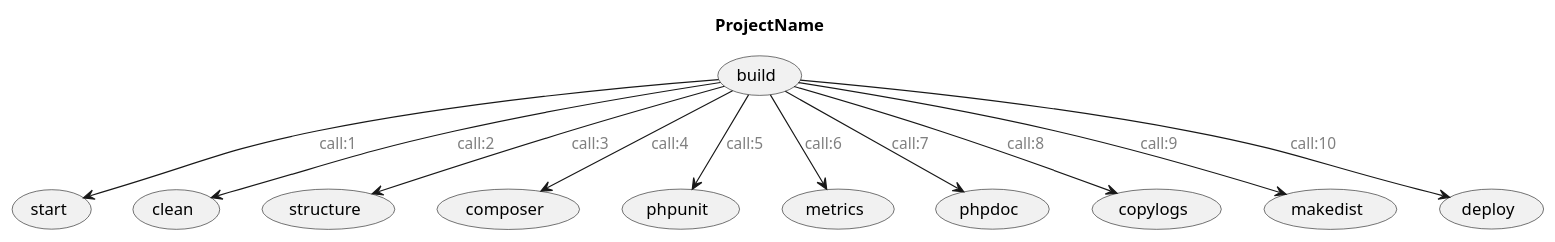
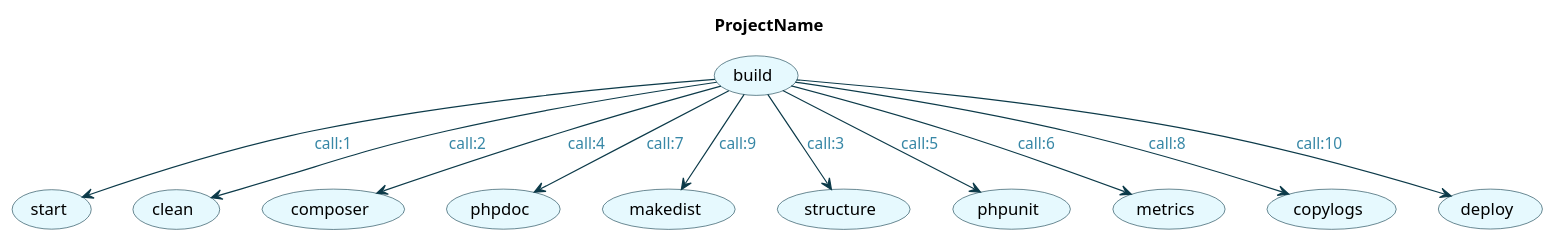
The diagram in resources/puml/gist-alphabraga.puml (jawira/phing-visualizer), drawn with PlantUML before and after one commit. The commit also changed 7 other files, not shown here.

```diff
--- a/resources/puml/gist-alphabraga.puml
+++ b/resources/puml/gist-alphabraga.puml
@@ -2,38 +1,35 @@
-        @startuml
-        
-            title ProjectName
-        skinparam arrowFontColor Grey
-        
-            (build)
-            
-                (build) --> (start) : call:1
-                (build) --> (clean) : call:2
-                (build) --> (structure) : call:3
-                (build) --> (composer) : call:4
-                (build) --> (phpunit) : call:5
-                (build) --> (metrics) : call:6
-                (build) --> (phpdoc) : call:7
-                (build) --> (copylogs) : call:8
-                (build) --> (makedist) : call:9
-                (build) --> (deploy) : call:10
-            (start)
-            
-            (clean)
-            
-            (composer)
-            
-            (phpdoc)
-            
-            (makedist)
-            
-            (structure)
-            
-            (phpunit)
-            
-            (metrics)
-            
-            (copylogs)
-            
-            (deploy)
-            
-        @enduml
+@startuml
+
+title ProjectName
+skinparam Arrow {
+    Color #0C3A49
+    FontColor #3787A6
+}
+skinparam Usecase {
+    BackgroundColor #E6F9FE
+    BorderColor #0C3A49
+}
+
+(build)
+(start)
+(clean)
+(composer)
+(phpdoc)
+(makedist)
+(structure)
+(phpunit)
+(metrics)
+(copylogs)
+(deploy)
+
+(build) --> (start) : call:1
+(build) --> (clean) : call:2
+(build) --> (structure) : call:3
+(build) --> (composer) : call:4
+(build) --> (phpunit) : call:5
+(build) --> (metrics) : call:6
+(build) --> (phpdoc) : call:7
+(build) --> (copylogs) : call:8
+(build) --> (makedist) : call:9
+(build) --> (deploy) : call:10
+@enduml
```
